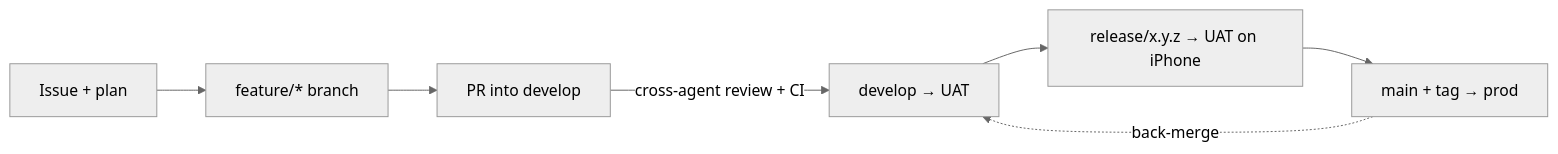
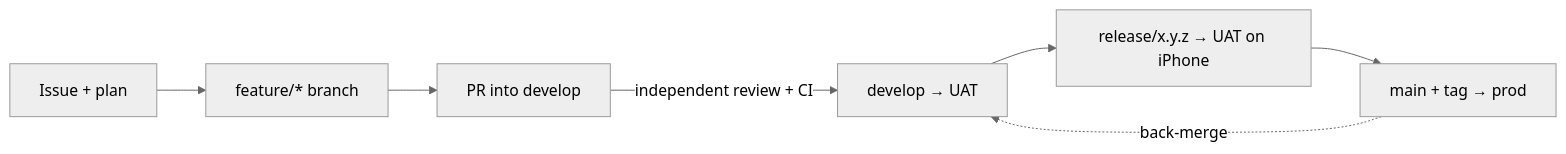
Before and after one commit to vinhphu2209/expense-app: the diagram in README.md, drawn with Mermaid (neutral theme). The commit also changed 25 other files, not shown here.

````diff
--- a/README.md
+++ b/README.md
@@ -33,7 +33,7 @@
 ```mermaid
 flowchart LR
   I[Issue + plan] --> F[feature/* branch] --> PR[PR into develop]
-  PR -->|cross-agent review + CI| D[develop → UAT]
+  PR -->|independent review + CI| D[develop → UAT]
   D --> R[release/x.y.z → UAT on iPhone] --> M[main + tag → prod]
   M -. back-merge .-> D
 ```
````
